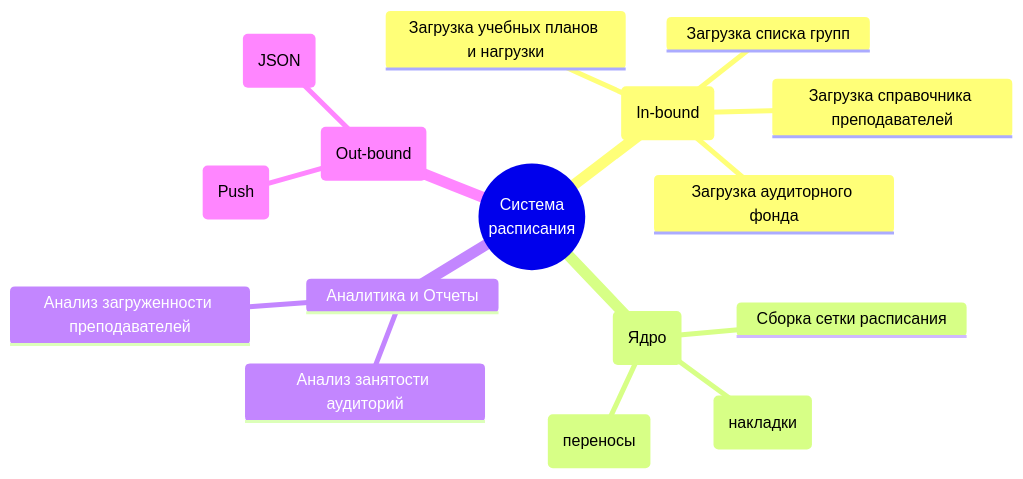
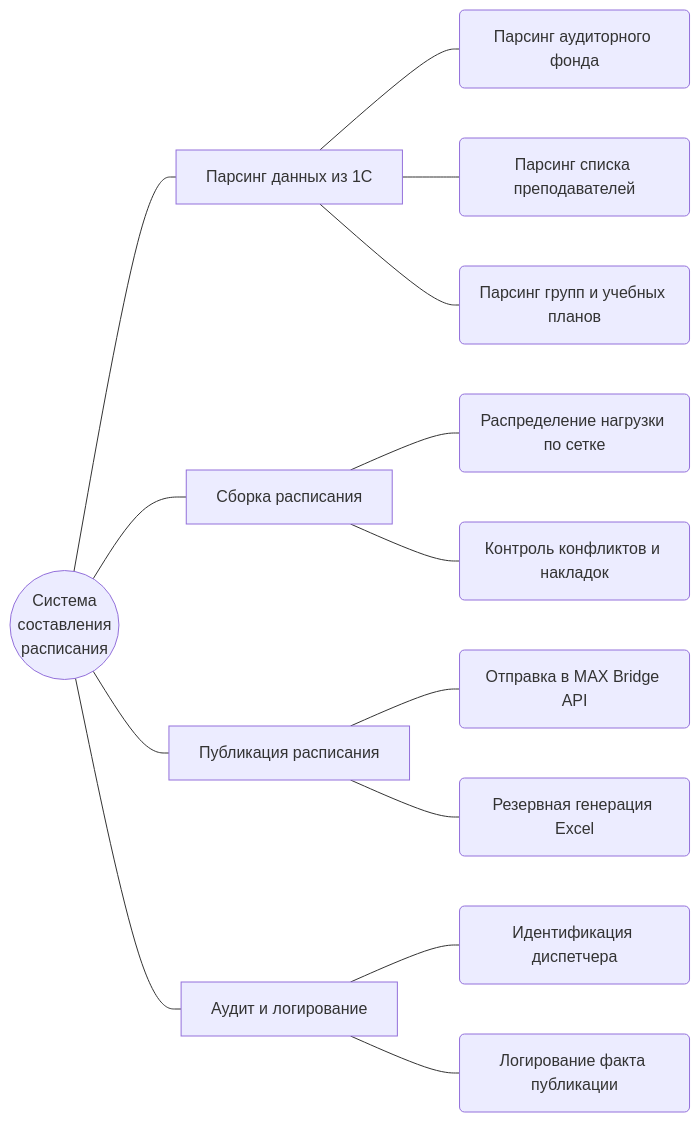
Before and after one commit to PercyJacks0n/req_lab1: the diagram in variants/01-Расписание/case_concept.md, drawn with Mermaid. The commit also changed other lines of this file, not shown here.

Commit message:
fix: визуализация дерева функций заменена на горизонтальный граф по образцу Вигерса

````diff
--- a/variants/01-Расписание/case_concept.md
+++ b/variants/01-Расписание/case_concept.md
@@ -73,20 +77,21 @@
 ```mermaid
-mindmap
-  root((Система
-  расписания))
-    Интеграция с 1С (In-bound)
-      Загрузка аудиторного фонда
-      Загрузка справочника преподавателей
-      Загрузка учебных планов и нагрузки
-      Загрузка списка групп
-    АРМ Диспетчера (Ядро)
-      Сборка сетки расписания
-      Валидация конфликтов (накладки)
-      Управление исключениями (переносы)
-    Аналитика и Отчеты
-      Анализ занятости аудиторий
-      Анализ загруженности преподавателей
-    Интеграция с MAX (Out-bound)
-      Экспорт расписания по API (JSON)
-      Уведомления об изменениях (Push)
+graph LR
+  Root((Система<br>составления<br>расписания))
+
+  Root --- G1[Парсинг данных из 1С]
+  G1 --- F1_1(Парсинг аудиторного фонда)
+  G1 --- F1_2(Парсинг списка преподавателей)
+  G1 --- F1_3(Парсинг групп и учебных планов)
+
+  Root --- G2[Сборка расписания]
+  G2 --- F2_1(Распределение нагрузки по сетке)
+  G2 --- F2_2(Контроль конфликтов и накладок)
+
+  Root --- G3[Публикация расписания]
+  G3 --- F3_1(Отправка в MAX Bridge API)
+  G3 --- F3_2(Резервная генерация Excel)
+
+  Root --- G4[Аудит и логирование]
+  G4 --- F4_1(Идентификация диспетчера)
+  G4 --- F4_2(Логирование факта публикации)
 ```
````
